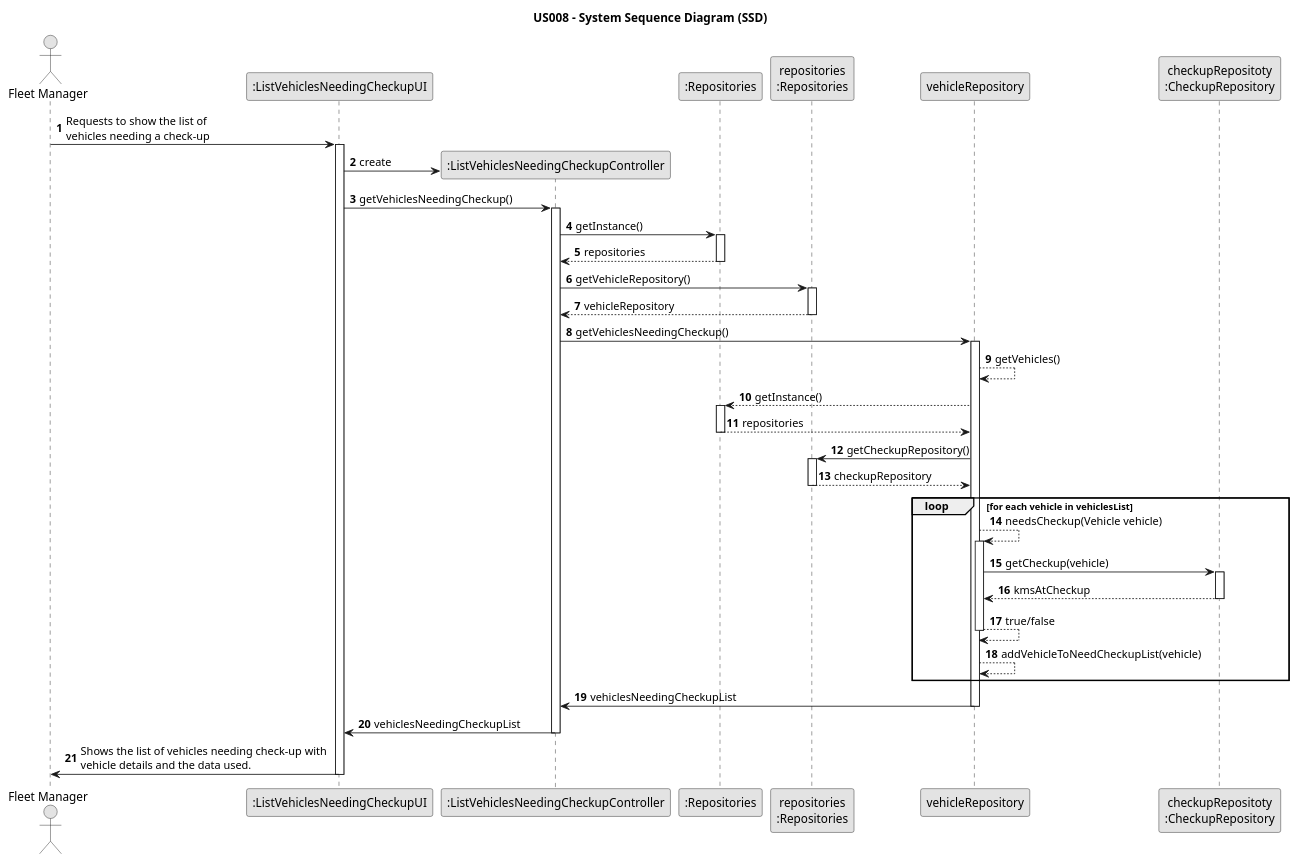
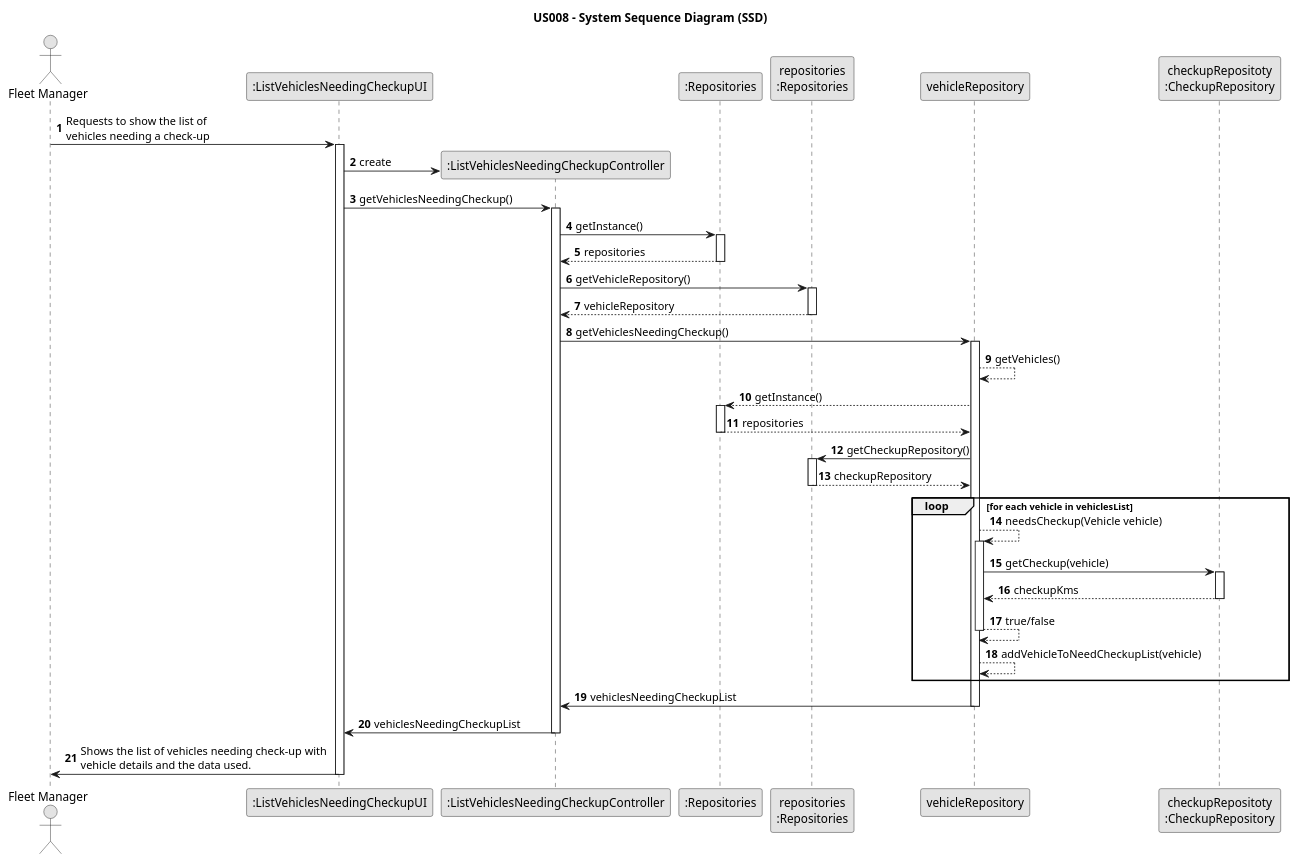
Before and after one commit to Rui-San/LAPR2_2023_2024: the diagram in docs/sprintB/us008/03.design/puml/us008-sequence-diagram.puml, drawn with PlantUML. The commit also changed 10 other files, not shown here.

Commit message:
US02 and US08: Minor Fixes to sequence diagram

```diff
--- a/docs/sprintB/us008/03.design/puml/us008-sequence-diagram.puml
+++ b/docs/sprintB/us008/03.design/puml/us008-sequence-diagram.puml
@@ -1,72 +1,72 @@
 @startuml
 skinparam monochrome true
 skinparam packageStyle rectangle
 skinparam shadowing false
 
 title US008 - System Sequence Diagram (SSD)
 
 autonumber
 
 actor "Fleet Manager" as Employee
 participant ":ListVehiclesNeedingCheckupUI" as UI
 participant ":ListVehiclesNeedingCheckupController" as CTRL
 participant ":Repositories" as Repos
 participant "repositories\n:Repositories" as PLAT
 participant "vehicleRepository" as VRepo
 participant "checkupRepositoty\n:CheckupRepository" as CheckupRepo
 
     Employee -> UI : Requests to show the list of \nvehicles needing a check-up
     activate UI
 
         UI -> CTRL** : create
         UI -> CTRL : getVehiclesNeedingCheckup()
         activate CTRL
 
             CTRL -> Repos : getInstance()
             activate Repos
 
                 Repos --> CTRL : repositories
             deactivate Repos
             CTRL -> PLAT : getVehicleRepository()
             activate PLAT
 
                 PLAT --> CTRL : vehicleRepository
             deactivate PLAT
 
             CTRL-> VRepo : getVehiclesNeedingCheckup()
             activate VRepo
 
                 VRepo --> VRepo : getVehicles()
                 VRepo --> Repos : getInstance()
                 activate Repos
 
                     Repos --> VRepo : repositories
                 deactivate Repos
                 VRepo -> PLAT : getCheckupRepository()
                 activate PLAT
 
                     PLAT --> VRepo : checkupRepository
                 deactivate PLAT
                 loop for each vehicle in vehiclesList
                     VRepo --> VRepo : needsCheckup(Vehicle vehicle)
                     activate VRepo
 
                         VRepo -> CheckupRepo : getCheckup(vehicle)
                         activate CheckupRepo
 
-                            CheckupRepo --> VRepo : kmsAtCheckup
+                            CheckupRepo --> VRepo : checkupKms
                         deactivate CheckupRepo
                     VRepo --> VRepo : true/false
                     deactivate VRepo
                     VRepo --> VRepo : addVehicleToNeedCheckupList(vehicle)
                 end loop
                 VRepo -> CTRL : vehiclesNeedingCheckupList
             deactivate VRepo
             CTRL -> UI : vehiclesNeedingCheckupList
         deactivate CTRL
 
         UI -> Employee : Shows the list of vehicles needing check-up with \nvehicle details and the data used.
 
     deactivate UI
 
 @enduml
```
